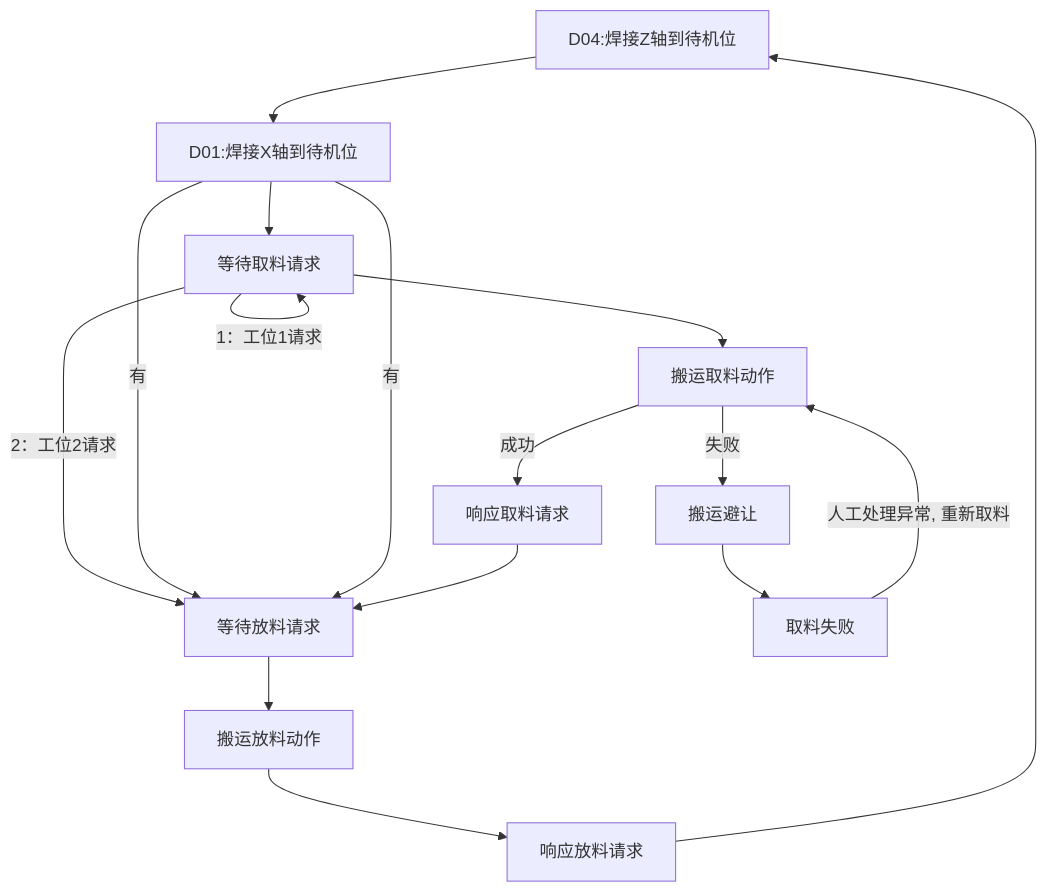
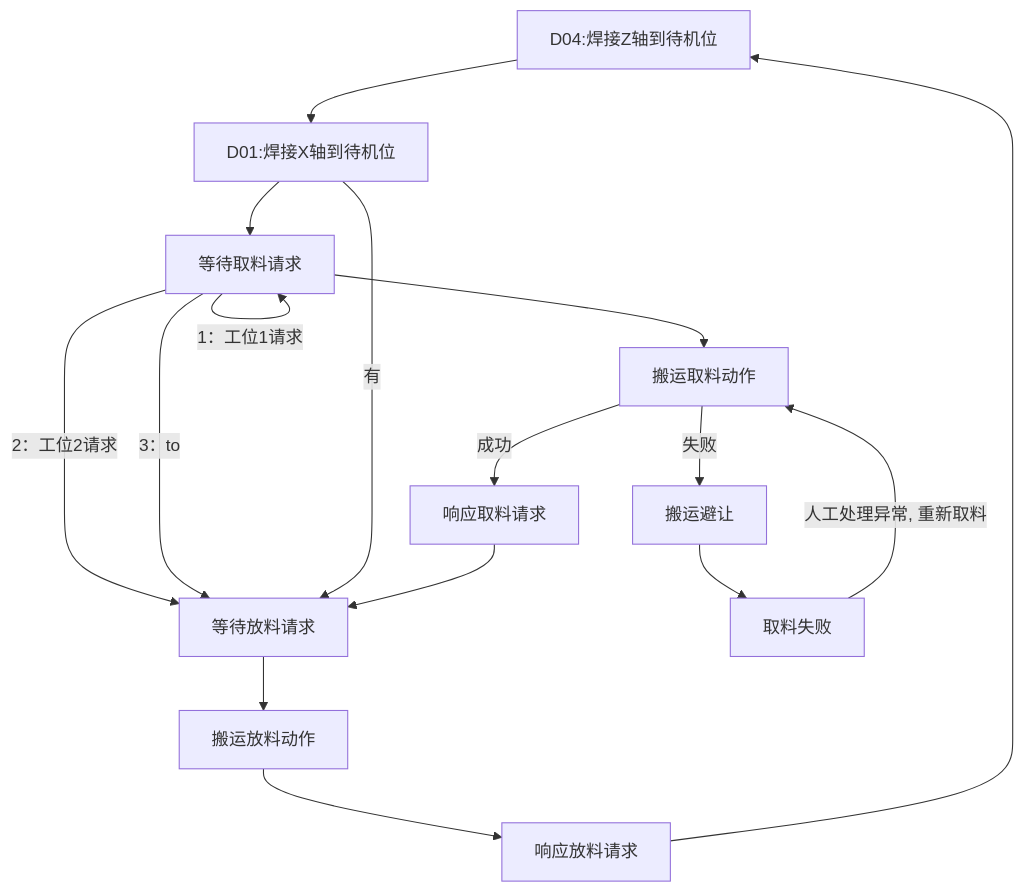
The diagram in all/OP10焊接工位自动流程.md (PengKun1/iodraw-files), drawn with Mermaid before and after one commit.

Commit message:
2024-08-06 16:53:56 update

````diff
--- a/all/OP10焊接工位自动流程.md
+++ b/all/OP10焊接工位自动流程.md
@@ -1,21 +1,21 @@
 ```mermaid
 graph TD
 10[D04:焊接Z轴到待机位]-->20
 20[D01:焊接X轴到待机位]-->30
 30{等待请求焊接信号}-->|1：工位1请求|30
 30-->|2：工位2请求|60
-20-->|有|60
+30-->|3：to|60
 
 20-->|有|60
 30[等待取料请求]-->40
 40[搬运取料动作]-->|成功|50
 40-->|失败|90
 50[响应取料请求]-->60
 60[等待放料请求]-->70
 70[搬运放料动作]-->80
 80[响应放料请求]-->10
 
 90[搬运避让]-->900
 
 900[取料失败]-->|人工处理异常, 重新取料|40
 ```
````
